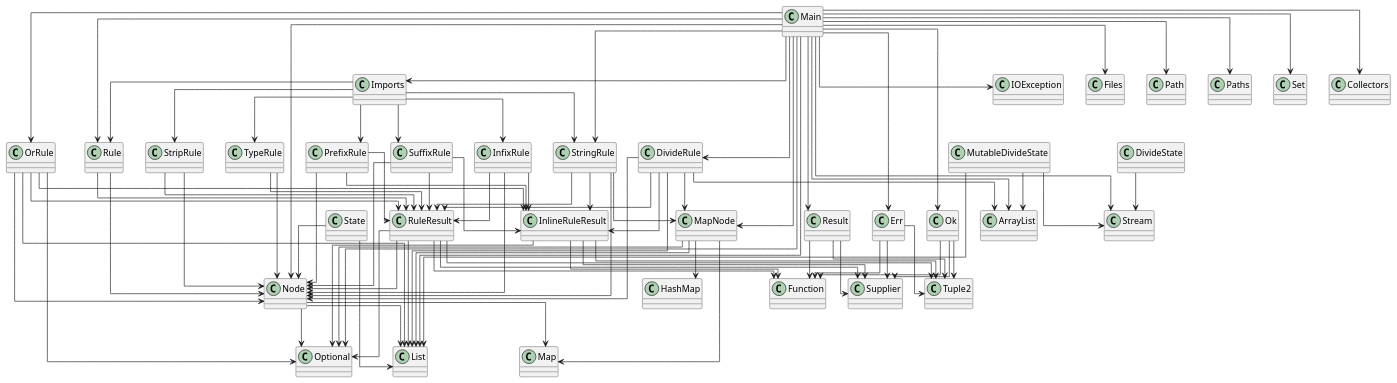
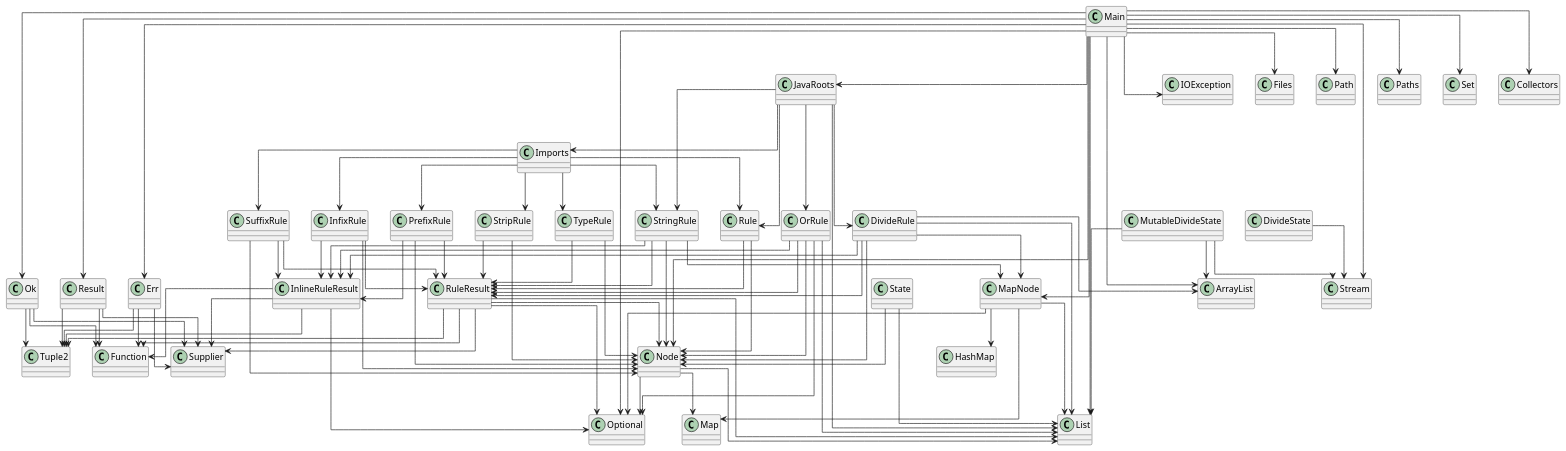
Before and after one commit to Magma-Foundation/Magma: the diagram in diagram.puml, drawn with PlantUML. The commit also changed 2 other files, not shown here.

Commit message:
JavaRoots

```diff
--- a/diagram.puml
+++ b/diagram.puml
@@ -1,114 +1,117 @@
 @startuml
 skinparam linetype ortho
 class SuffixRule
 SuffixRule --> Node
 SuffixRule --> InlineRuleResult
 SuffixRule --> RuleResult
 class InfixRule
 InfixRule --> Node
 InfixRule --> InlineRuleResult
 InfixRule --> RuleResult
 class OrRule
 OrRule --> Node
 OrRule --> InlineRuleResult
 OrRule --> RuleResult
 OrRule --> List
 OrRule --> Optional
 class DivideRule
 DivideRule --> MapNode
 DivideRule --> Node
 DivideRule --> InlineRuleResult
 DivideRule --> RuleResult
 DivideRule --> ArrayList
 DivideRule --> List
 class Rule
 Rule --> Node
 Rule --> RuleResult
 class RuleResult
 RuleResult --> Tuple2
 RuleResult --> Node
 RuleResult --> List
 RuleResult --> Optional
 RuleResult --> Function
 RuleResult --> Supplier
 class Result
 Result --> Tuple2
 Result --> Function
 Result --> Supplier
 class Err
 Err --> Tuple2
 Err --> Function
 Err --> Supplier
 class PrefixRule
 PrefixRule --> Node
 PrefixRule --> InlineRuleResult
 PrefixRule --> RuleResult
 class StringRule
 StringRule --> MapNode
 StringRule --> Node
 StringRule --> InlineRuleResult
 StringRule --> RuleResult
 class StripRule
 StripRule --> Node
 StripRule --> RuleResult
 class Ok
 Ok --> Tuple2
 Ok --> Function
 Ok --> Supplier
 class Tuple2
 class MapNode
 MapNode --> HashMap
 MapNode --> List
 MapNode --> Map
 MapNode --> Optional
 class Imports
 Imports --> InfixRule
 Imports --> PrefixRule
 Imports --> Rule
 Imports --> StringRule
 Imports --> StripRule
 Imports --> SuffixRule
 Imports --> TypeRule
 class State
 State --> Node
 State --> List
 class Node
 Node --> List
 Node --> Map
 Node --> Optional
 class Main
 Main --> Err
 Main --> Ok
 Main --> Result
-Main --> Imports
+Main --> JavaRoots
 Main --> MapNode
 Main --> Node
-Main --> DivideRule
-Main --> OrRule
-Main --> Rule
-Main --> StringRule
 Main --> IOException
 Main --> Files
 Main --> Path
 Main --> Paths
 Main --> ArrayList
 Main --> List
 Main --> Optional
 Main --> Set
 Main --> Collectors
 Main --> Stream
 class MutableDivideState
 MutableDivideState --> ArrayList
 MutableDivideState --> List
 MutableDivideState --> Stream
 class TypeRule
 TypeRule --> Node
 TypeRule --> RuleResult
+class JavaRoots
+JavaRoots --> Imports
+JavaRoots --> DivideRule
+JavaRoots --> OrRule
+JavaRoots --> Rule
+JavaRoots --> StringRule
+JavaRoots --> List
 class DivideState
 DivideState --> Stream
 class InlineRuleResult
 InlineRuleResult --> Tuple2
 InlineRuleResult --> Optional
 InlineRuleResult --> Function
 InlineRuleResult --> Supplier
 @enduml
```
